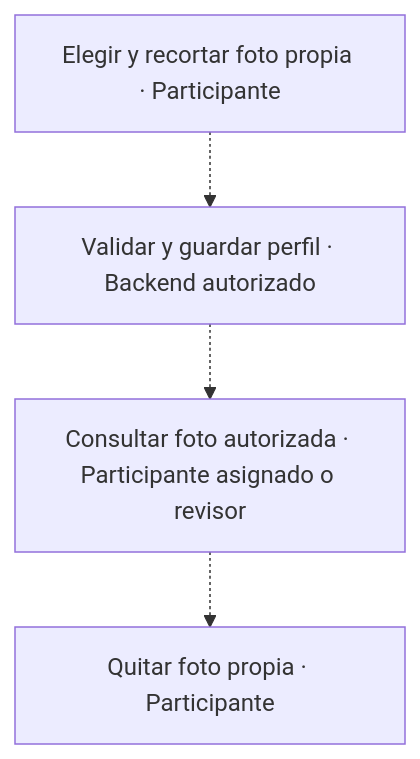
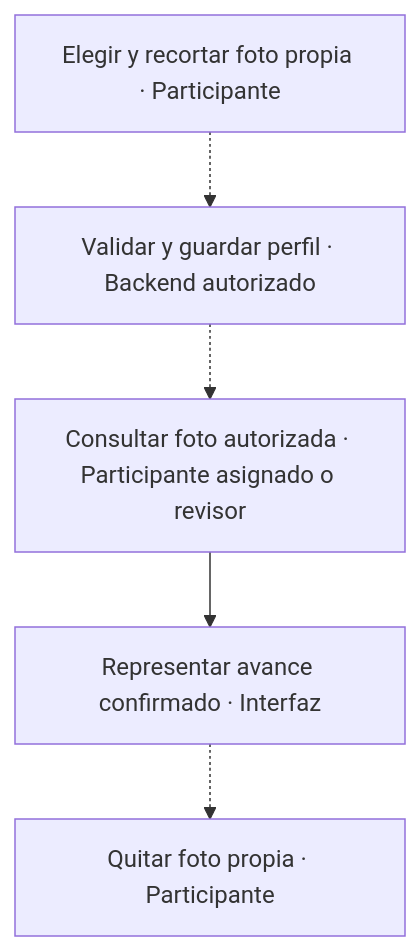
One commit to yodesarrollomx/yod-portal changed diagram 13 of 15 in docs/arquitectura/procesos.md. Above: the diagram before and after it, drawn with Mermaid. The commit also changed other lines of this file, not shown here.

````diff
--- a/docs/arquitectura/procesos.md
+++ b/docs/arquitectura/procesos.md
@@ -363,10 +363,12 @@
 ```mermaid
 flowchart TD
   p0["Elegir y recortar foto propia · Participante"]
   p1["Validar y guardar perfil · Backend autorizado"]
   p0 -.-> p1
   p2["Consultar foto autorizada · Participante asignado o revisor"]
   p1 -.-> p2
-  p3["Quitar foto propia · Participante"]
-  p2 -.-> p3
+  p3["Representar avance confirmado · Interfaz"]
+  p2 --> p3
+  p4["Quitar foto propia · Participante"]
+  p3 -.-> p4
 ```
````
